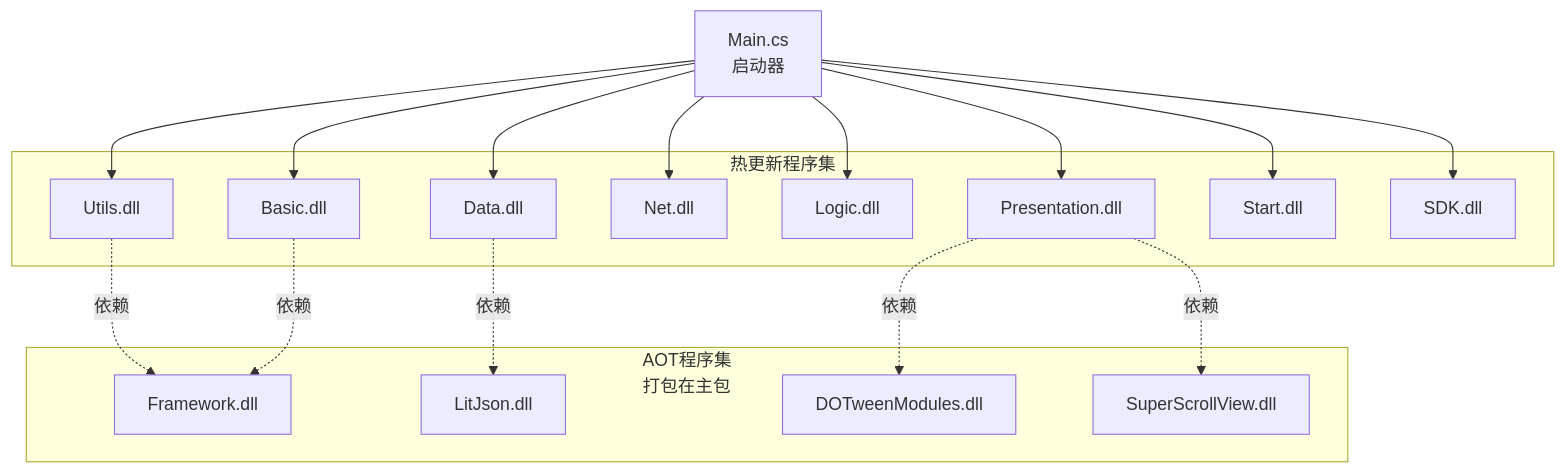
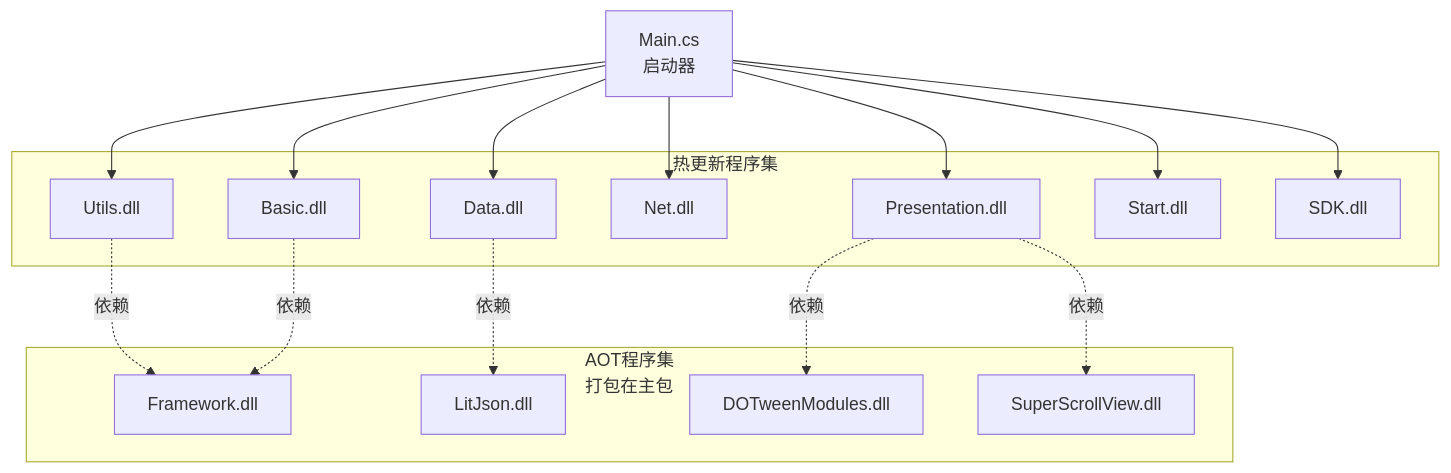
The fifth of 6 diagrams in Documents/Architecture/客户端分层架构.md (zlex001/LOA-Client), drawn with Mermaid before and after one commit. The commit also changed other lines of this file and 8 other files, not shown here.

````diff
--- a/Documents/Architecture/客户端分层架构.md
+++ b/Documents/Architecture/客户端分层架构.md
@@ -838,35 +796,33 @@
 ```mermaid
 graph TB
     subgraph HotUpdate[热更新程序集]
         Utils[Utils.dll]
         Basic[Basic.dll]
         Data[Data.dll]
         Net[Net.dll]
-        Logic[Logic.dll]
         Presentation[Presentation.dll]
         Start[Start.dll]
         SDK[SDK.dll]
     end
     
     subgraph AOT[AOT程序集<br/>打包在主包]
         Framework[Framework.dll]
         LitJson[LitJson.dll]
         DOTween[DOTweenModules.dll]
         SuperScroll[SuperScrollView.dll]
     end
     
     Main[Main.cs<br/>启动器] --> Utils
     Main --> Basic
     Main --> Data
     Main --> Net
-    Main --> Logic
     Main --> Presentation
     Main --> Start
     Main --> SDK
     
     Utils -.依赖.-> Framework
     Basic -.依赖.-> Framework
     Data -.依赖.-> LitJson
     Presentation -.依赖.-> DOTween
     Presentation -.依赖.-> SuperScroll
 ```
````
